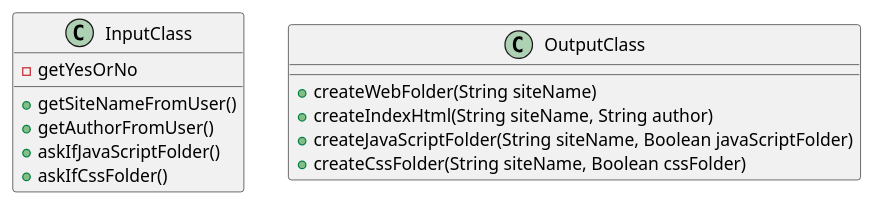
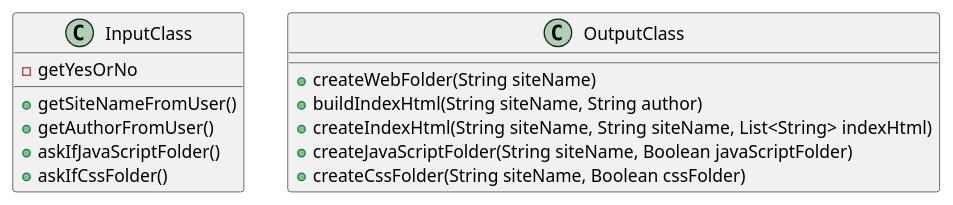
One commit to BlakeLoch/lochmandy-a04 changed the diagram in exercise43/docs/Class Diagram.puml. Above: the diagram before and after it, drawn with PlantUML. The commit also changed 7 other files, not shown here.

```diff
--- a/exercise43/docs/Class Diagram.puml
+++ b/exercise43/docs/Class Diagram.puml
@@ -1,19 +1,20 @@
 @startuml
 
 class InputClass {
   +getSiteNameFromUser()
   +getAuthorFromUser()
   +askIfJavaScriptFolder()
   +askIfCssFolder()
   -getYesOrNo
 }
 
 
 class OutputClass {
   +createWebFolder(String siteName)
-  +createIndexHtml(String siteName, String author)
+  +buildIndexHtml(String siteName, String author)
+  +createIndexHtml(String siteName, String siteName, List<String> indexHtml)
   +createJavaScriptFolder(String siteName, Boolean javaScriptFolder)
   +createCssFolder(String siteName, Boolean cssFolder)
 }
 
 @enduml
```
